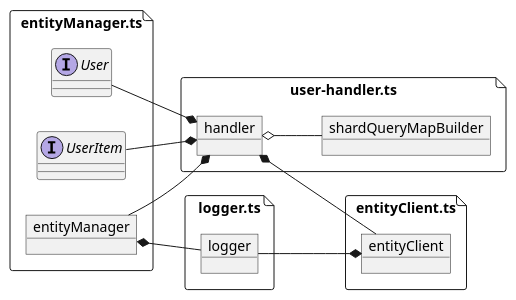
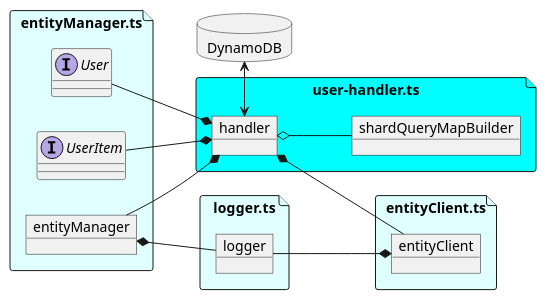
One commit to karmaniverous/entity-manager-demo changed the diagram in diagrams/handler.pu. Above: the diagram before and after it, drawn with PlantUML. The commit also changed 1 other file, not shown here.

Commit message:
updated diagram

```diff
--- a/diagrams/handler.pu
+++ b/diagrams/handler.pu
@@ -1,36 +1,39 @@
 @startuml handler
 
 allowmixing
 
 left to right direction
 
-file "logger.ts" as loggerTs {
+database DynamoDB
+
+file "logger.ts" as loggerTs #LightCyan {
     object logger
 }
 
-file "entityManager.ts" as entityManagerTs {
+file "entityManager.ts" as entityManagerTs #LightCyan {
     interface User
     interface UserItem
     object entityManager
 }
 
-file "entityClient.ts" as entitClientTs {
+file "entityClient.ts" as entitClientTs #LightCyan {
     object entityClient
 
     logger --* entityClient 
 }
 
-file "user-handler.ts" as searchTs {
+file "user-handler.ts" as searchTs #Cyan {
     object handler
 
+    handler <-> DynamoDB
     User --* handler 
     UserItem --* handler 
     entityManager --* handler  
     handler *-- entityClient
     entityManager *-- logger
 
     object shardQueryMapBuilder
     handler o-- shardQueryMapBuilder
 }
 
 @enduml
```
